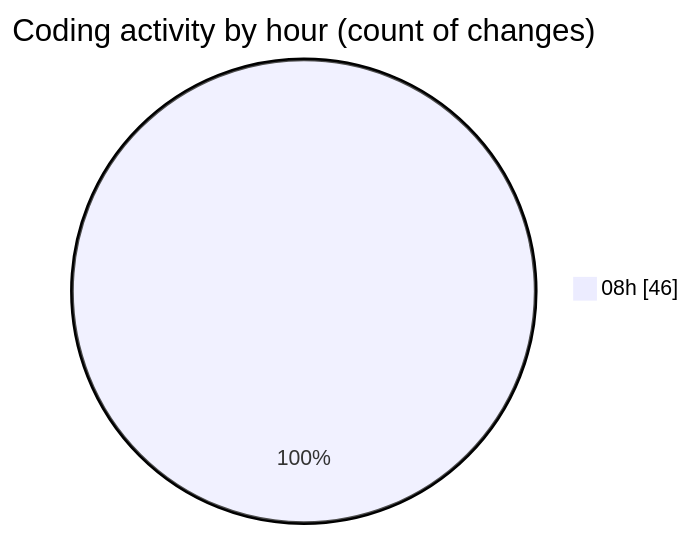
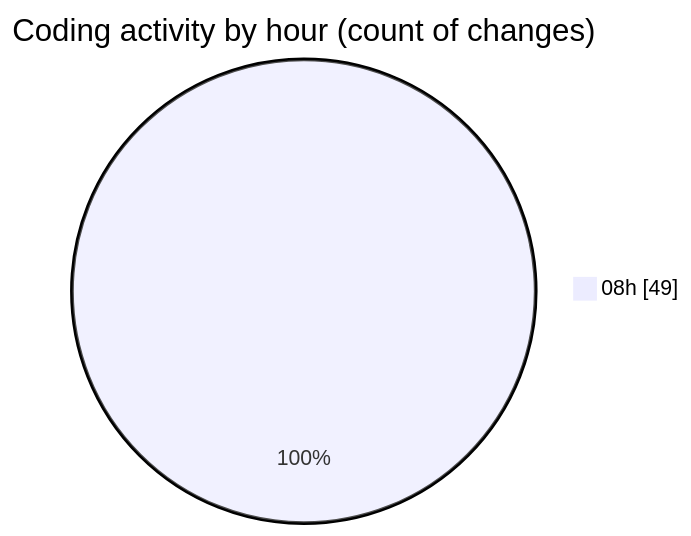
One commit to momahboobian/code-tracking changed the second of 2 diagrams in 2026-05-01/cda/README.md. Above: the diagram before and after it, drawn with Mermaid. The commit also changed other lines of this file and 1 other file, not shown here.

````diff
--- a/2026-05-01/cda/README.md
+++ b/2026-05-01/cda/README.md
@@ -72,5 +72,5 @@
 ```mermaid
 pie showData
 title Coding activity by hour (count of changes)
-"08h" : 46
+"08h" : 49
 ```
````
